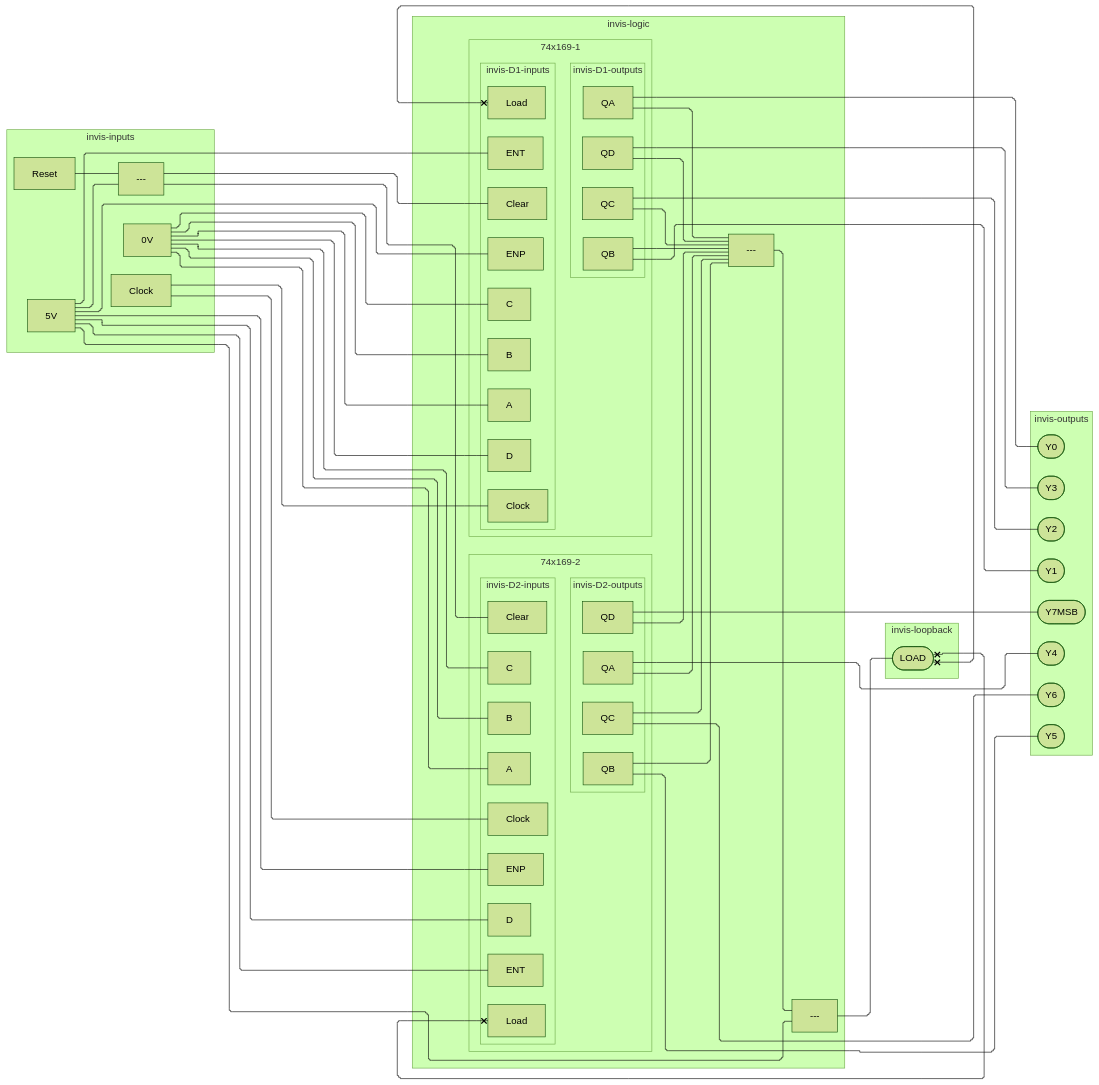
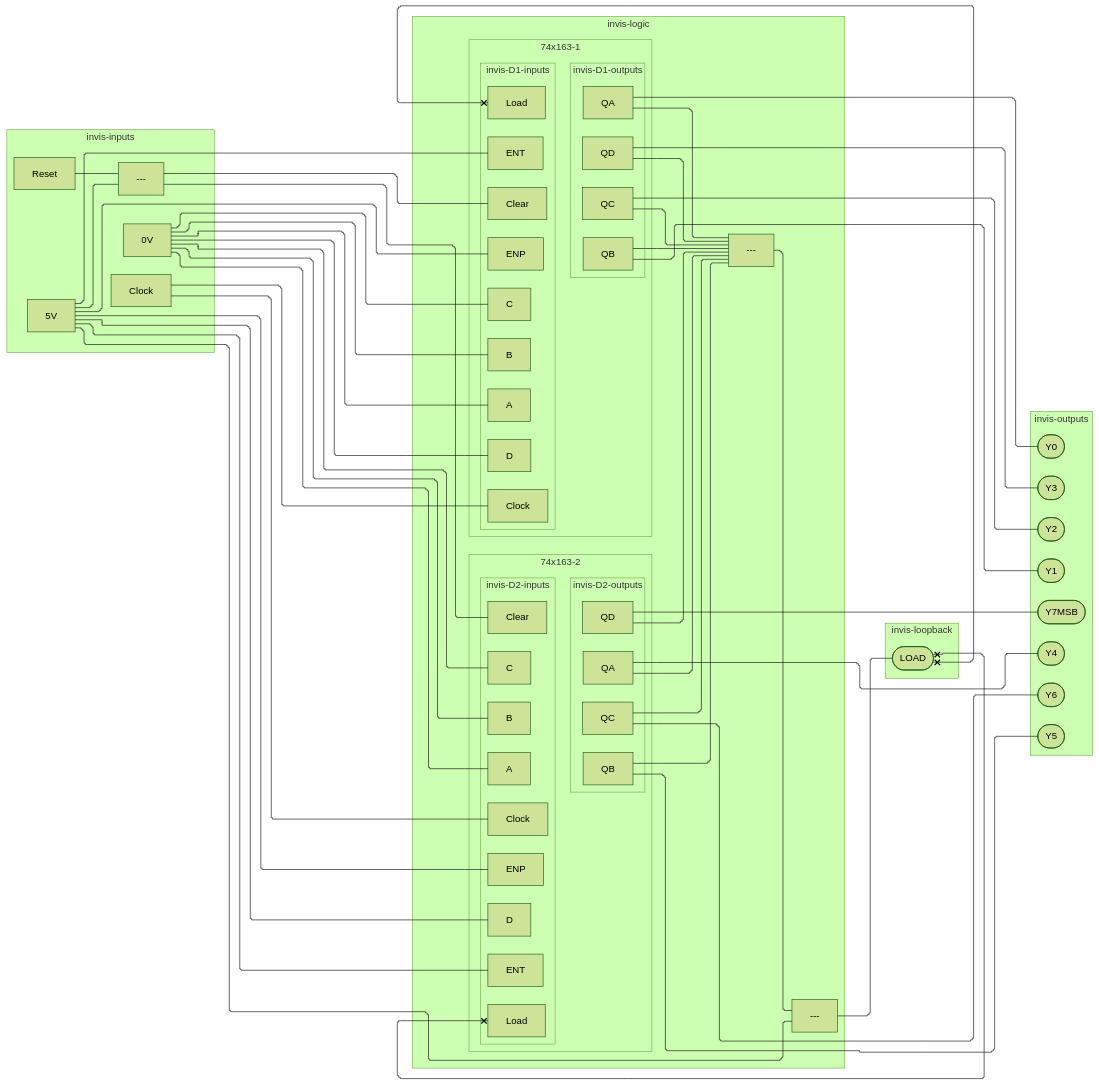
The seventh of 8 diagrams in CSDS 281 - Logic Design/HW/8/Tables.md (tnichols217/notes), drawn with Mermaid (forest theme) before and after one commit. The commit also changed other lines of this file and 1 other file, not shown here.

````diff
--- a/CSDS 281 - Logic Design/HW/8/Tables.md
+++ b/CSDS 281 - Logic Design/HW/8/Tables.md
@@ -327,80 +327,80 @@
 ```mermaid
 %%{ init: { 'flowchart': { 'curve': 'stepBefore', "defaultRenderer": "elk" } } }%%
 flowchart LR
 subgraph invis-inputs
 	Clock
 	5V
 	0V
 	Reset
 	Reset & 5V --- xor1[---]
 end
 subgraph invis-logic
-	subgraph 74x169-1
+	subgraph 74x163-1
 		subgraph invis-D1-inputs
 			D1c[Clock]
 			D1CLR[Clear]
 			D1LD[Load]
 			D1ENP[ENP]
 			D1ENT[ENT]
 			D1A[A]
 			D1B[B]
 			D1C[C]
 			D1D[D]
 		end
 		Clock --- D1c
 		xor1 --- D1CLR
 		subgraph invis-D1-outputs
 			Q1A[QA]
 			Q1B[QB]
 			Q1C[QC]
 			Q1D[QD]
 		end
 		invis-D1-inputs ~~~ invis-D1-outputs
 	end
-	subgraph 74x169-2
+	subgraph 74x163-2
 		subgraph invis-D2-inputs
 			D2c[Clock]
 			D2CLR[Clear]
 			D2LD[Load]
 			D2ENP[ENP]
 			D2ENT[ENT]
 			D2A[A]
 			D2B[B]
 			D2C[C]
 			D2D[D]
 		end
 		Clock --- D2c
 		xor1 --- D2CLR
 		subgraph invis-D2-outputs
 			Q2A[QA]
 			Q2B[QB]
 			Q2C[QC]
 			Q2D[QD]
 		end
 		invis-D2-inputs ~~~ invis-D2-outputs
 	end
 	5V --- D1ENP & D1ENT
 	5V --- D2ENP & D2ENT
 	Q1A & Q1B & Q1C & Q1D & Q2A & Q2B & Q2C & Q2D
 		--- nor1[---]
 	5V & nor1 --- xor2[---]
 	0V --- D1A & D1B & D1C & D1D & D2A & D2B & D2C
 	5V --- D2D
 end
 
 subgraph invis-loopback
 	xor2 --- RLD([LOAD])
 	RLD x---x D1LD & D2LD
 end
 subgraph invis-outputs
 		Q1A --- Y0([Y0])
 		Q1B --- Y1([Y1])
 		Q1C --- Y2([Y2])
 		Q1D --- Y3([Y3])
 		Q2A --- Y4([Y4])
 		Q2B --- Y5([Y5])
 		Q2C --- Y6([Y6])
 		Q2D --- Y7([Y7MSB])
 end
 invis-inputs ~~~ invis-logic ~~~ invis-loopback ~~~ invis-outputs
 ```
````
